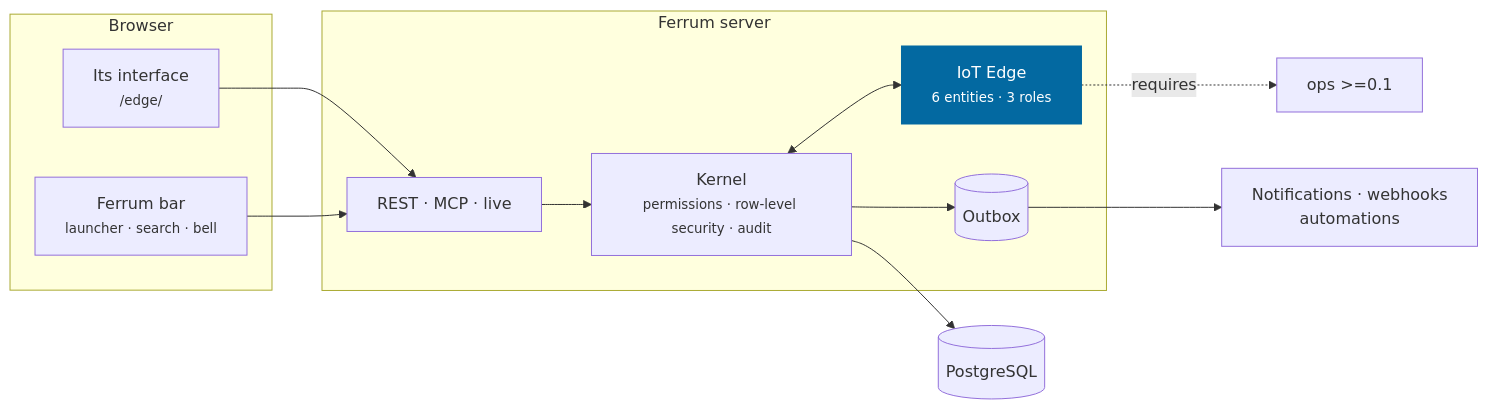
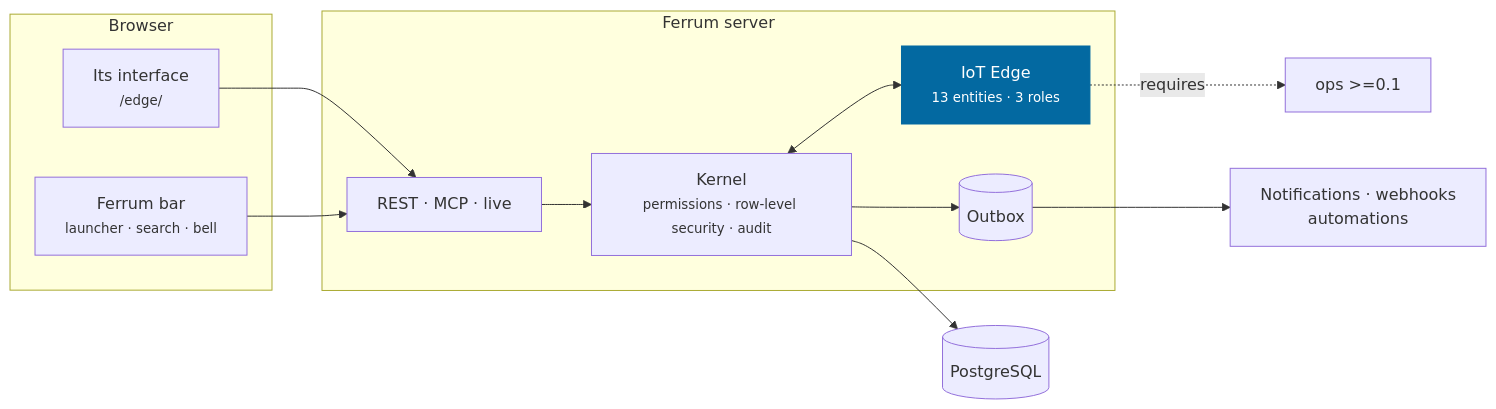
Before and after one commit to CBFerrum/ferrum-app-edge: the second of 3 diagrams in README.md, drawn with Mermaid. The commit also changed other lines of this file and 14 other files, not shown here.

````diff
--- a/README.md
+++ b/README.md
@@ -169,21 +195,21 @@
 ```mermaid
 flowchart LR
     subgraph Browser
         UI["Its interface<br/><small>/edge/</small>"]
         BAR["Ferrum bar<br/><small>launcher · search · bell</small>"]
     end
     subgraph Server["Ferrum server"]
         API["REST · MCP · live"]
         K["Kernel<br/><small>permissions · row-level security · audit</small>"]
-        APP["IoT Edge<br/><small>6 entities · 3 roles</small>"]
+        APP["IoT Edge<br/><small>13 entities · 3 roles</small>"]
         OB[("Outbox")]
     end
     DB[("PostgreSQL")]
     UI --> API --> K --> DB
     BAR --> API
     K <--> APP
     K --> OB --> EV["Notifications · webhooks<br/>automations"]
     APP -. requires .-> D0["ops >=0.1"]
     classDef app fill:#0369a1,color:#fff,stroke:#0369a1
     class APP app
 ```
````
